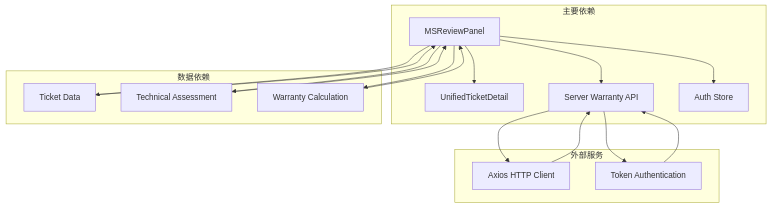
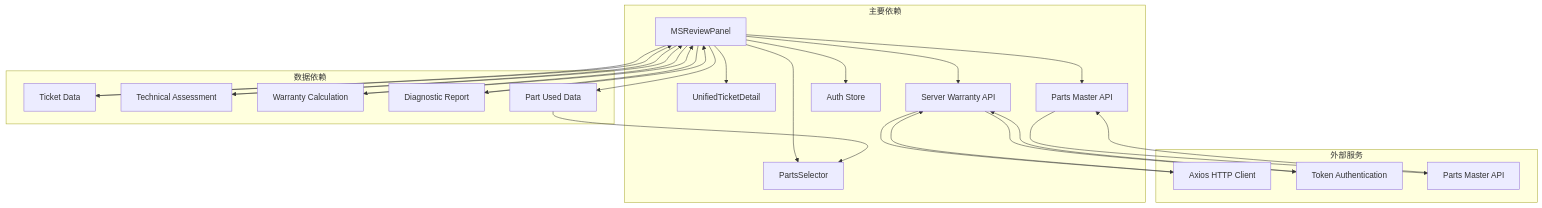
Before and after one commit to CubeEdge/Longhorn: the eighth of 9 diagrams in .qoder/repowiki/zh/content/前端组件架构/服务工作流增强/MSReviewPanel 评审面板.md, drawn with Mermaid. The commit also changed other lines of this file and 28 other files, not shown here.

````diff
--- a/.qoder/repowiki/zh/content/前端组件架构/服务工作流增强/MSReviewPanel 评审面板.md
+++ b/.qoder/repowiki/zh/content/前端组件架构/服务工作流增强/MSReviewPanel 评审面板.md
@@ -248,22 +312,30 @@
 ```mermaid
 graph TB
 subgraph "主要依赖"
 A[MSReviewPanel] --> B[UnifiedTicketDetail]
 A --> C[Server Warranty API]
 A --> D[Auth Store]
+A --> E[PartsSelector]
+A --> F[Parts Master API]
 end
 subgraph "数据依赖"
-E[Ticket Data] --> A
-F[Technical Assessment] --> A
-G[Warranty Calculation] --> A
+G[Ticket Data] --> A
+H[Technical Assessment] --> A
+I[Warranty Calculation] --> A
+J[Diagnostic Report] --> A
+K[Part Used Data] --> E
 end
 subgraph "外部服务"
-H[Axios HTTP Client] --> C
-I[Token Authentication] --> C
+L[Axios HTTP Client] --> C
+M[Token Authentication] --> C
+N[Parts Master API] --> F
 end
-A --> E
-A --> F
 A --> G
-C --> H
-C --> I
+A --> H
+A --> I
+A --> J
+A --> K
+C --> L
+C --> M
+F --> N
 ```
````
